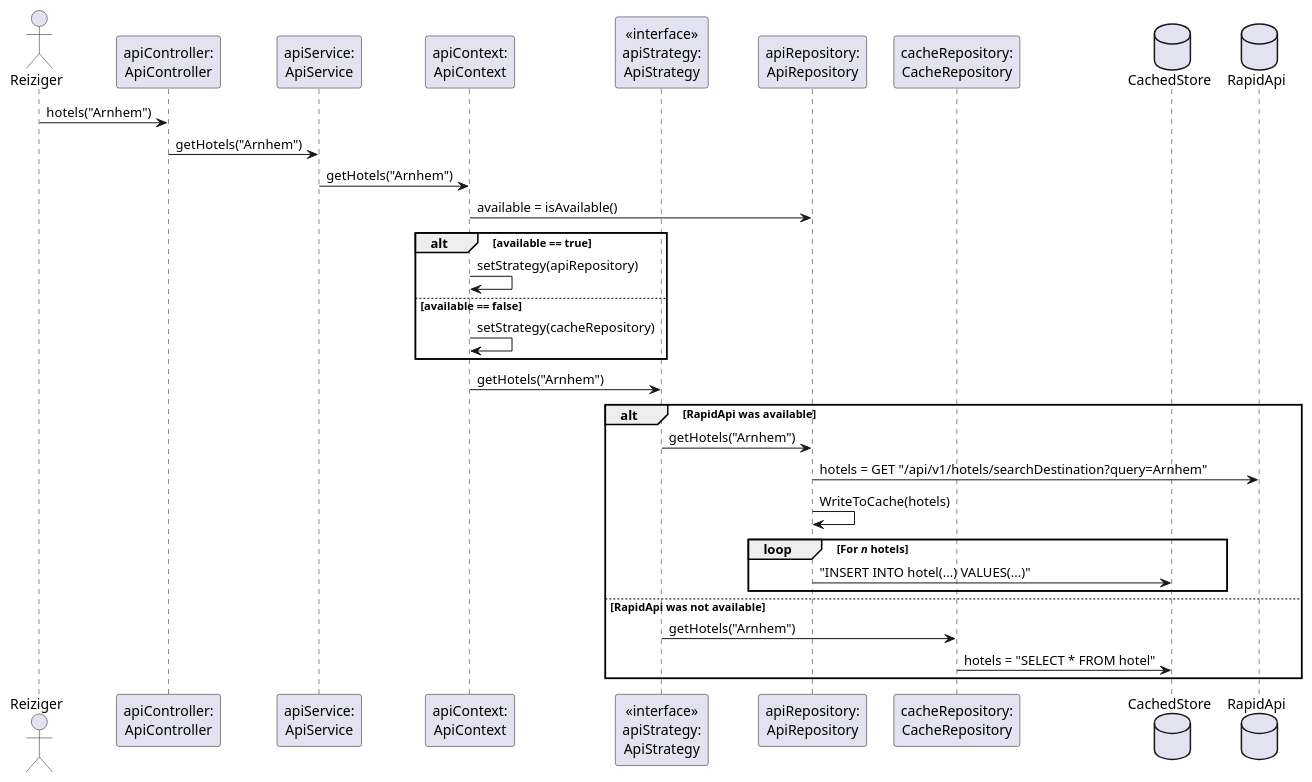
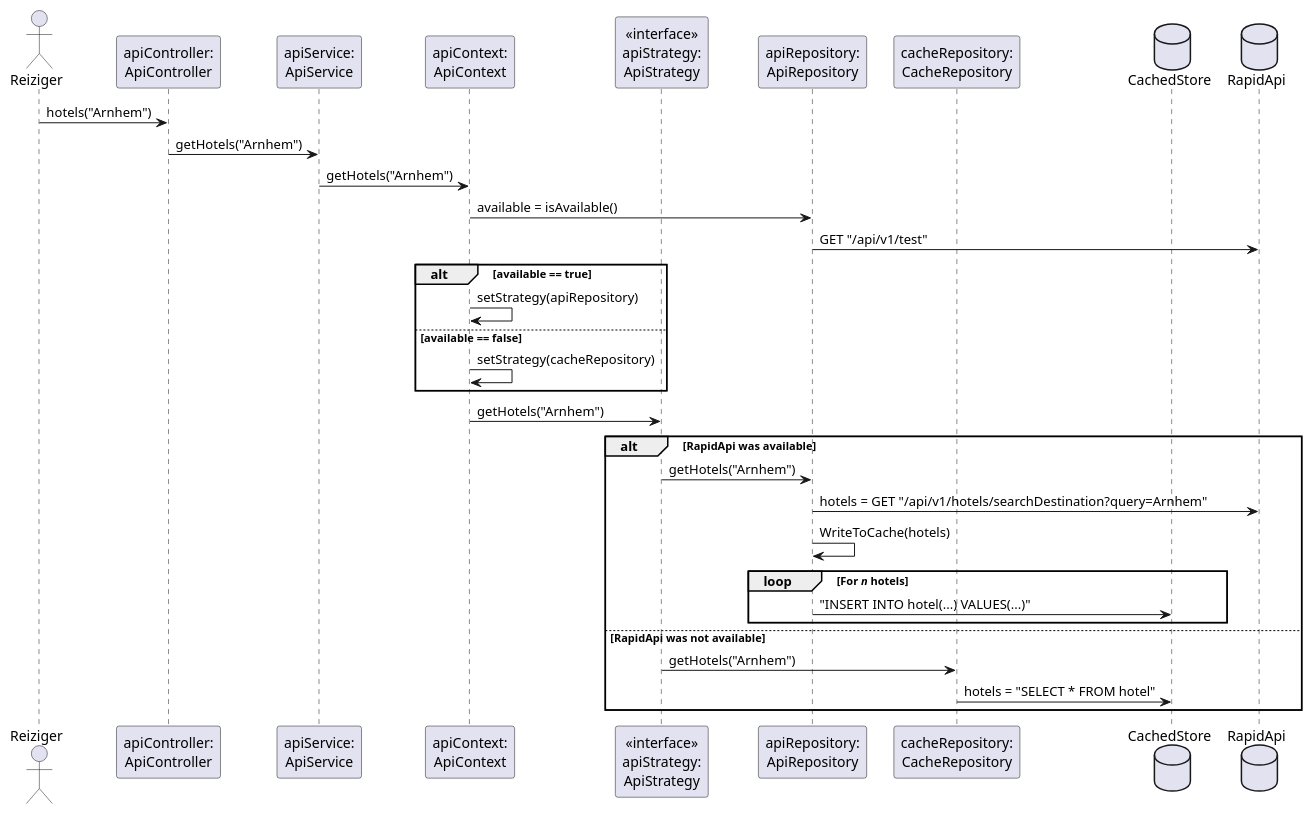
One commit to AIM-ENE-feb25/triptop-groep-3-pedro-ramon-mees changed the diagram in opdracht-diagrammen/sequence_diagram_ramon.puml. Above: the diagram before and after it, drawn with PlantUML. The commit also changed 2 other files, not shown here.

Commit message:
Update sequence diagram

```diff
--- a/opdracht-diagrammen/sequence_diagram_ramon.puml
+++ b/opdracht-diagrammen/sequence_diagram_ramon.puml
@@ -1,38 +1,39 @@
 @startuml
 
 actor Reiziger as user
 
 participant "apiController:\nApiController" as controller
 participant "apiService:\nApiService" as service
 participant "apiContext:\nApiContext" as context
 participant "<<interface>>\napiStrategy:\nApiStrategy" as strategy
 participant "apiRepository:\nApiRepository" as api
 participant "cacheRepository:\nCacheRepository" as cache
 
 database CachedStore
 database RapidApi
 
 user -> controller: hotels("Arnhem")
 
 controller -> service: getHotels("Arnhem")
 service -> context: getHotels("Arnhem")
 context -> api: available = isAvailable()
+api -> RapidApi: GET "/api/v1/test"
 alt available == true
     context -> context: setStrategy(apiRepository)
 else available == false
     context -> context: setStrategy(cacheRepository)
 end
 context -> strategy: getHotels("Arnhem")
 alt RapidApi was available
     strategy -> api: getHotels("Arnhem")
     api -> RapidApi: hotels = GET "/api/v1/hotels/searchDestination?query=Arnhem"
     api -> api: WriteToCache(hotels)
     loop For //n// hotels
         api -> CachedStore: "INSERT INTO hotel(...) VALUES(...)"
     end
 else RapidApi was not available
     strategy -> cache: getHotels("Arnhem")
     cache -> CachedStore: hotels = "SELECT * FROM hotel"
 end
 
 @enduml
```
